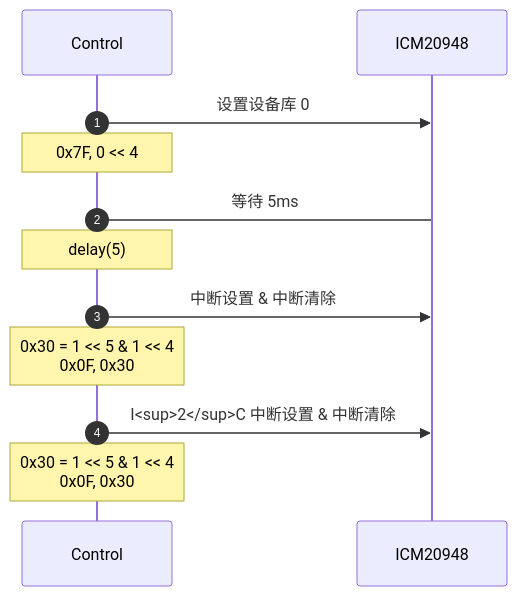
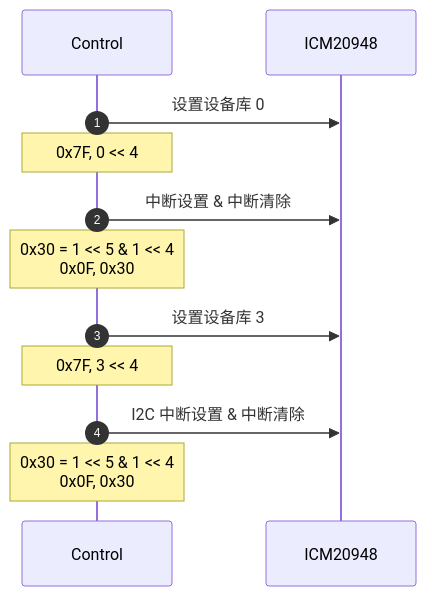
The fourth of 7 diagrams in _posts/2025-04-06-mdchart.md (hkdickyko/hkdickyko.github.io), drawn with Mermaid before and after one commit. The commit also changed other lines of this file, not shown here.

```diff
--- a/_posts/2025-04-06-mdchart.md
+++ b/_posts/2025-04-06-mdchart.md
@@ -323,15 +323,15 @@
 <div class="mermaid">
 sequenceDiagram;
    autonumber;
    participant C as Control;
    participant I as ICM20948;
    C->>I: 设置设备库 0;   
-   note over C: 0x7F, 0 << 4;
-   C->I: 等待 5ms;
-   note over C: delay(5);   
+   note over C: 0x7F, 0 << 4;  
    C->>I: 中断设置 & 中断清除;
    note over C: 0x30 = 1 << 5 & 1 << 4<br>0x0F, 0x30; 
-   C->>I: I<sup>2</sup>C 中断设置 & 中断清除;
+   C->>I: 设置设备库 3;   
+   note over C: 0x7F, 3 << 4;    
+   C->>I: I2C 中断设置 & 中断清除;
    note over C: 0x30 = 1 << 5 & 1 << 4<br>0x0F, 0x30;
  
 </div>   
```
